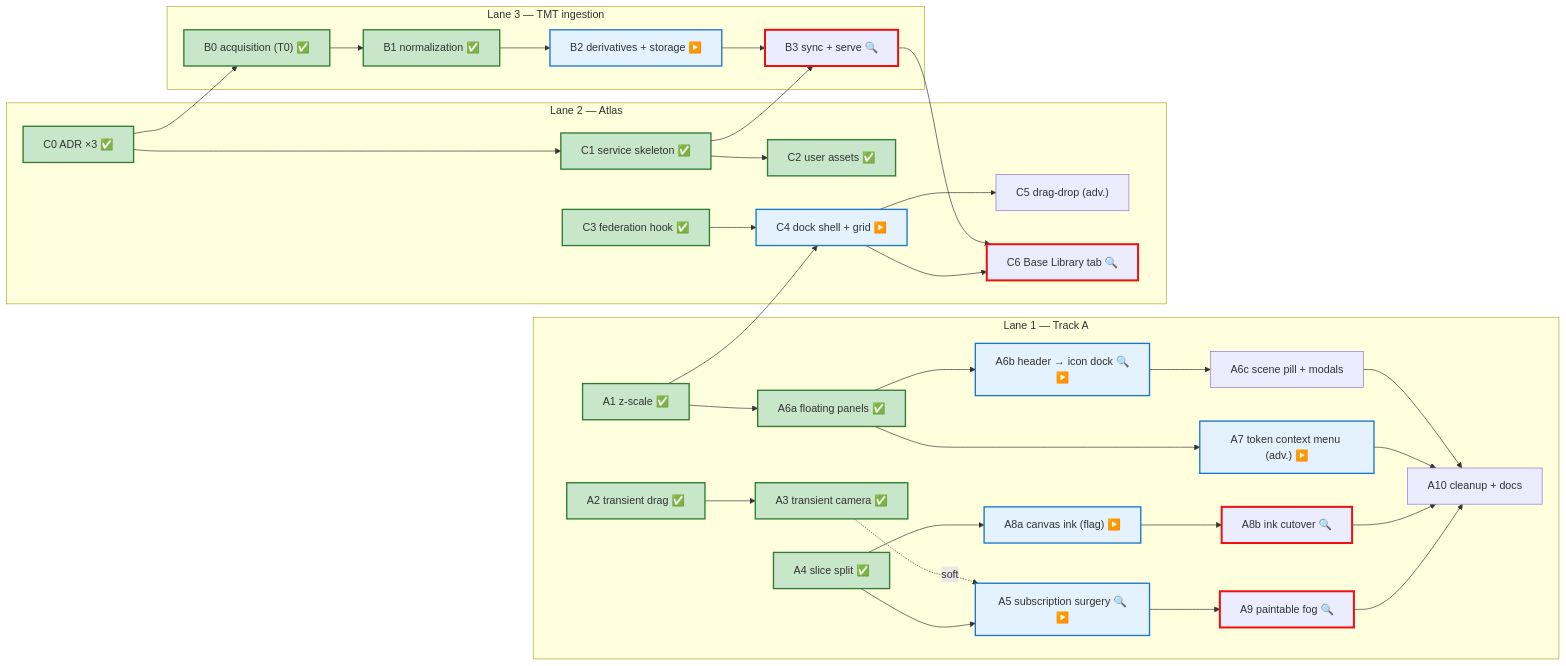
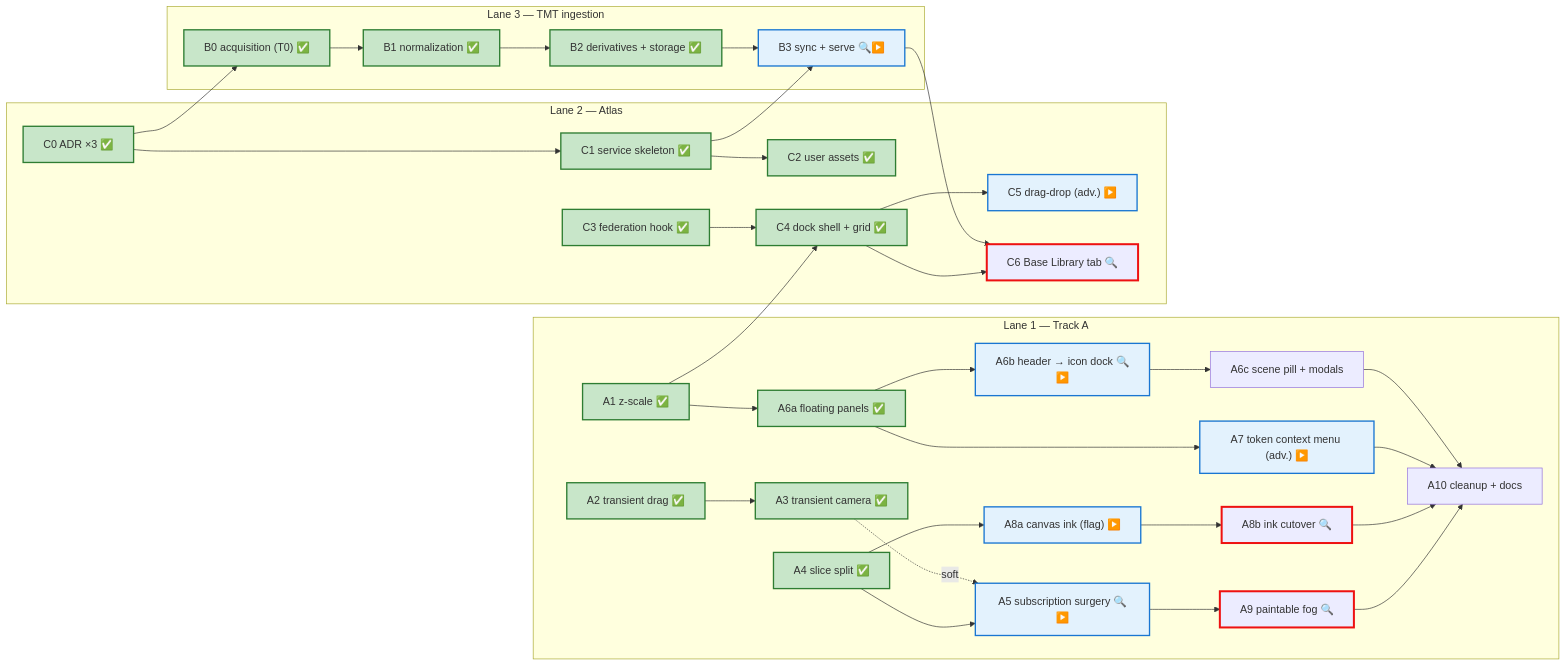
The diagram in docs/roadmap/ROADMAP.md (joelmale/nexusVTT), drawn with Mermaid before and after one commit. The commit also changed other lines of this file and 4 other files, not shown here.

First line of the commit message:
docs(roadmap): S3 review of Joel's packets B0-B2/C1-C4 + state reconciliation

````diff
--- a/docs/roadmap/ROADMAP.md
+++ b/docs/roadmap/ROADMAP.md
@@ -40,57 +40,57 @@
 ```mermaid
 flowchart LR
   classDef gate stroke:#e11,stroke-width:3px
   classDef adr fill:#f4e8ff,stroke:#95f
   classDef done fill:#c8e6c9,stroke:#2e7d32,stroke-width:2px
   classDef ready fill:#e3f2fd,stroke:#1976d2,stroke-width:2px
 
   subgraph LaneA["Lane 1 — Track A"]
     A1["A1 z-scale ✅"]:::done
     A2["A2 transient drag ✅"]:::done
     A3["A3 transient camera ✅"]:::done
     A4["A4 slice split ✅"]:::done
     A5["A5 subscription surgery 🔍▶️"]:::ready
     A6a["A6a floating panels ✅"]:::done
     A6b["A6b header → icon dock 🔍▶️"]:::ready
     A6c["A6c scene pill + modals"]
     A7["A7 token context menu (adv.) ▶️"]:::ready
     A8a["A8a canvas ink (flag) ▶️"]:::ready
     A8b["A8b ink cutover 🔍"]:::gate
     A9["A9 paintable fog 🔍"]:::gate
     A10["A10 cleanup + docs"]
   end
 
   subgraph LaneC["Lane 2 — Atlas"]
     C0["C0 ADR ×3 ✅"]:::done
     C1["C1 service skeleton ✅"]:::done
     C2["C2 user assets ✅"]:::done
     C3["C3 federation hook ✅"]:::done
-    C4["C4 dock shell + grid ▶️"]:::ready
-    C5["C5 drag-drop (adv.)"]
+    C4["C4 dock shell + grid ✅"]:::done
+    C5["C5 drag-drop (adv.) ▶️"]:::ready
     C6["C6 Base Library tab 🔍"]:::gate
   end
 
   subgraph LaneB["Lane 3 — TMT ingestion"]
     B0["B0 acquisition (T0) ✅"]:::done
     B1["B1 normalization ✅"]:::done
-    B2["B2 derivatives + storage ▶️"]:::ready
-    B3["B3 sync + serve 🔍"]:::gate
+    B2["B2 derivatives + storage ✅"]:::done
+    B3["B3 sync + serve 🔍▶️"]:::ready
   end
 
   A2 --> A3
   A3 -.soft.-> A5
   A4 --> A5
   A1 --> A6a --> A6b --> A6c
   A6a --> A7
   A4 --> A8a --> A8b
   A5 --> A9
   A6c & A7 & A8b & A9 --> A10
 
   C0 --> C1 --> C2
   C0 --> B0 --> B1 --> B2 --> B3
   C1 --> B3
   C3 --> C4 --> C5
   A1 --> C4
   B3 --> C6
   C4 --> C6
 ```
````
